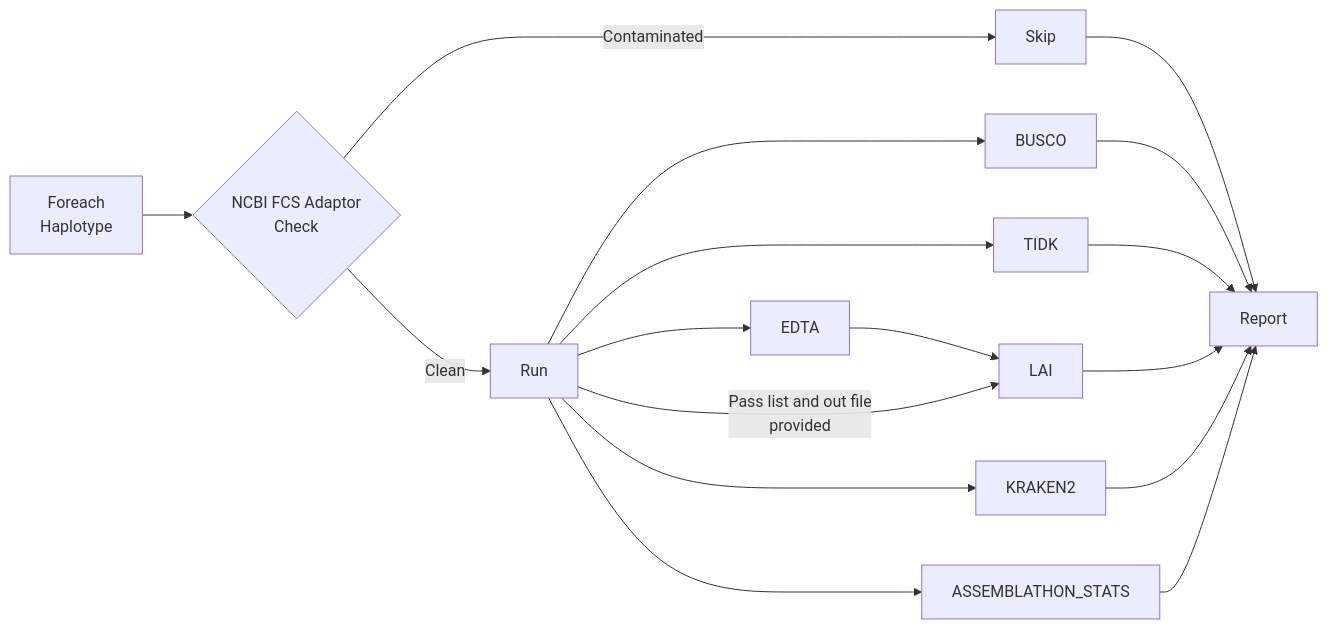
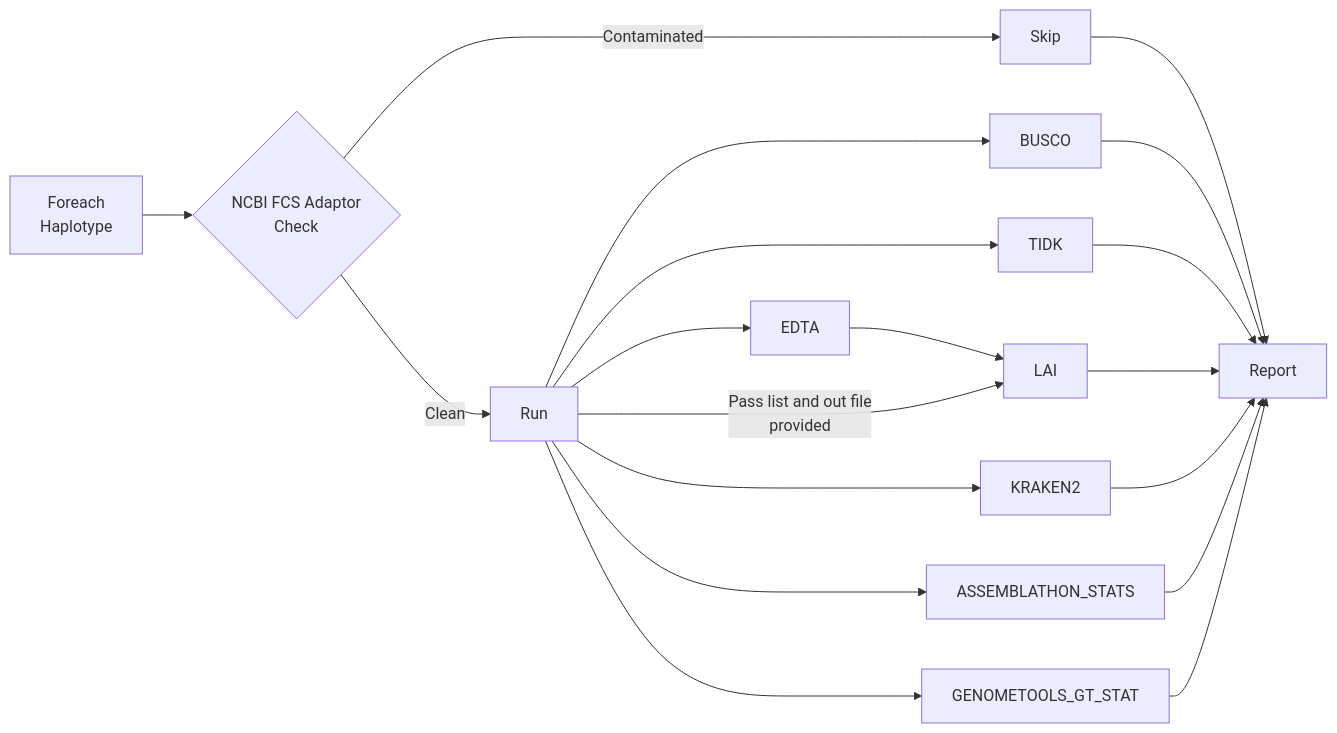
The diagram in README.md (Plant-Food-Research-Open/assemblyqc), drawn with Mermaid before and after one commit. The commit also changed 1 other file, not shown here.

Commit message:
A few typo corrections

````diff
--- a/README.md
+++ b/README.md
@@ -25,23 +25,25 @@
 ```mermaid
 flowchart LR
   forEachHap[Foreach\nHaplotype] --> ncbiFCS{NCBI FCS Adaptor\nCheck}
   ncbiFCS --> |Contaminated|Skip[Skip]
   ncbiFCS --> |Clean|Run
 
   Skip --> Report
   
   Run --> BUSCO
   Run --> TIDK
   Run --> EDTA
   EDTA --> LAI
   Run --> |Pass list and out file\nprovided|LAI
   Run --> KRAKEN2
   Run --> ASS_STATS[ASSEMBLATHON_STATS]
+  Run --> GFF_STATS[GENOMETOOLS_GT_STAT]
 
 
   BUSCO --> Report
   TIDK --> Report
   LAI --> Report
   KRAKEN2 --> Report
   ASS_STATS --> Report
+  GFF_STATS --> Report
 ```
````
